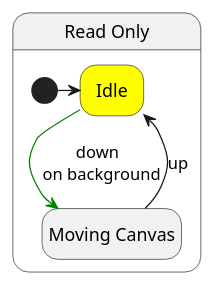
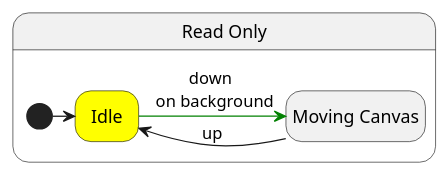
One commit to cidhuang/system-dynamics-tool changed the second of 6 diagrams in docusaurus/docs/interaction.md. Above: the diagram before and after it, drawn with PlantUML. The commit also changed other lines of this file, not shown here.

Commit message:
docs: interation page combine Mode Add Link and Add Flow

````diff
--- a/docusaurus/docs/interaction.md
+++ b/docusaurus/docs/interaction.md
@@ -101,16 +97,16 @@
 ```plantuml
-@startuml SystemMap
+@startuml Read Only
 hide empty description
 
 state "Read Only" as modeReadOnly {
   state "Idle" as idle #yellow
   state "Moving Canvas" as moveCanvas
 
   [*] -> idle
-  idle -[#green]-> moveCanvas : down \n on background
-  moveCanvas -up-> idle : up
+  idle -[#green]> moveCanvas : down \n on background
+  moveCanvas -> idle : up
 
 }
 
 @enduml
 ```
````
